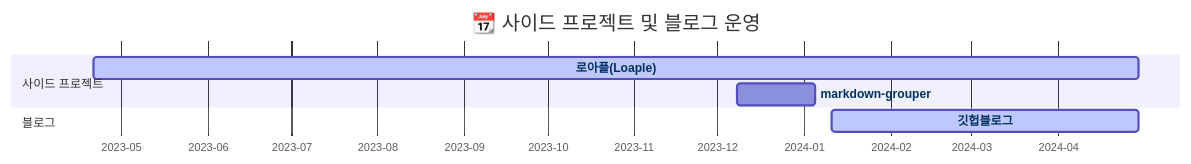
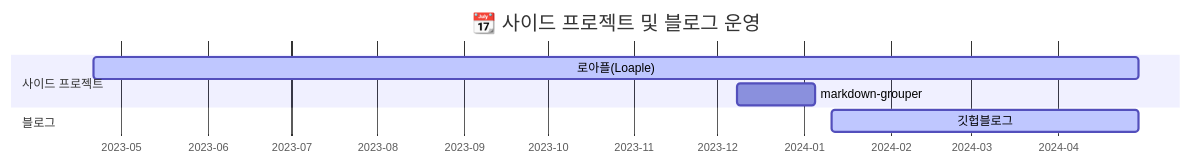
One commit to momo1108/momo1108 changed the second of 2 diagrams in README.md. Above: the diagram before and after it, drawn with Mermaid.

````diff
--- a/README.md
+++ b/README.md
@@ -23,17 +23,13 @@
 ```mermaid
 gantt
     title 📆 사이드 프로젝트 및 블로그 운영
     dateFormat YYYY-MM-DD
     axisFormat %Y-%m
     tickInterval 1month
     todayMarker off
     section 사이드 프로젝트
         로아플(Loaple)    : active, cl1, 2023-04-21, 2024-04-30
         markdown-grouper    : cl2, 2023-12-08, 2024-01-05
     section 블로그
         깃헙블로그    : active, cl3, 2024-01-11, 2024-04-30
-
-    click cl1 href "https://loaple.site/"
-    click cl2 href "https://www.npmjs.com/package/markdown-grouper"
-    click cl3 href "https://momo1108.github.io/"
 ```
````
